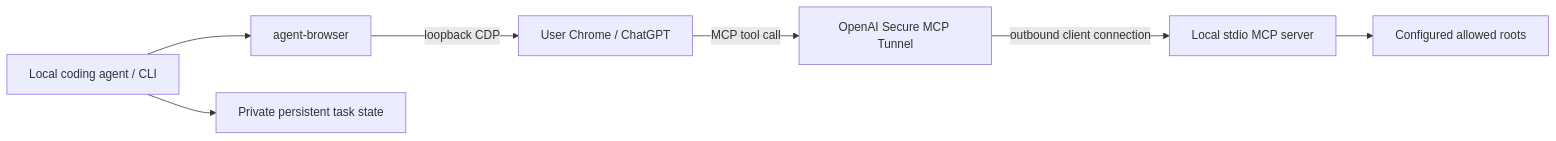
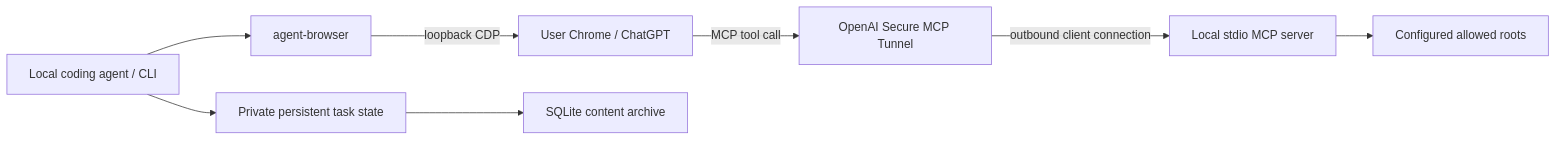
One commit to MarioJames/convorel changed the diagram in docs/architecture.md. Above: the diagram before and after it, drawn with Mermaid. The commit also changed other lines of this file and 15 other files, not shown here.

First line of the commit message:
feat: archive prompts and reply Markdown in a searchable content store

````diff
--- a/docs/architecture.md
+++ b/docs/architecture.md
@@ -13,9 +13,10 @@
 ```mermaid
 flowchart LR
   A[Local coding agent / CLI] --> B[agent-browser]
   B -->|loopback CDP| C[User Chrome / ChatGPT]
   C -->|MCP tool call| T[OpenAI Secure MCP Tunnel]
   T -->|outbound client connection| M[Local stdio MCP server]
   M --> W[Configured allowed roots]
   A --> S[Private persistent task state]
+  S --> AR[SQLite content archive]
 ```
````
